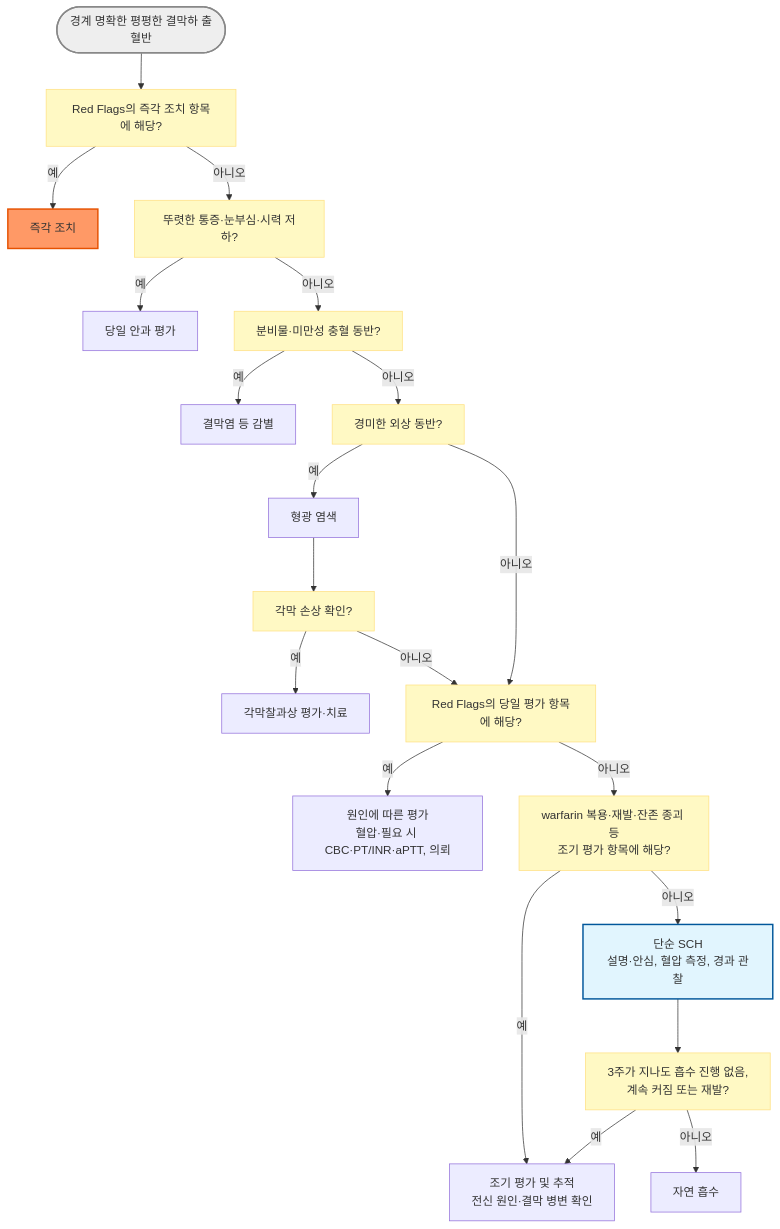
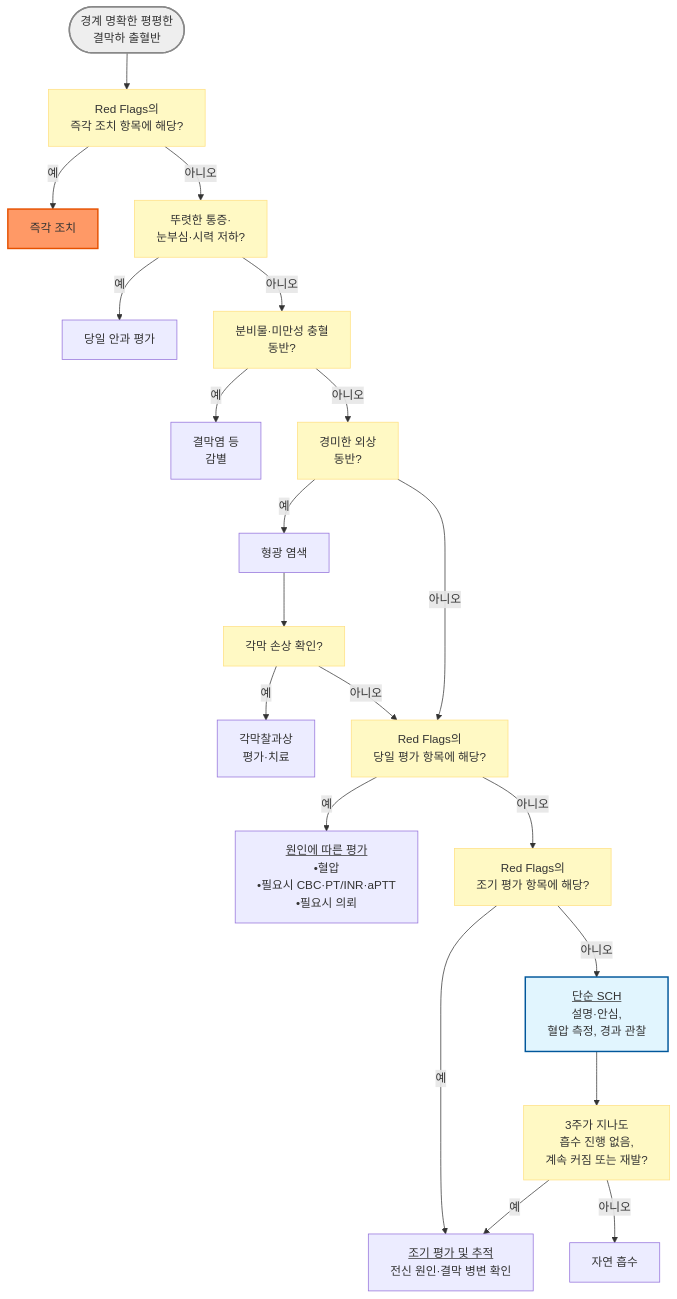
The diagram in 222_/044_-subconjunctival-hemorrhage.md (familyoh77/familyoh77), drawn with Mermaid before and after one commit. The commit also changed other lines of this file and 1 other file, not shown here.

````diff
--- a/222_/044_-subconjunctival-hemorrhage.md
+++ b/222_/044_-subconjunctival-hemorrhage.md
@@ -83,34 +88,27 @@
 ```mermaid
 graph TD
-    Start(["경계 명확한 평평한 결막하 출혈반"]) --> Q1["Red Flags의 즉각 조치 항목에 해당?"]
+    Start(["경계 명확한 평평한 <br/>결막하 출혈반"]) --> Q1["Red Flags의 <br/>즉각 조치 항목에 해당?"]
     Q1 -- 예 --> R1["즉각 조치"]
-    Q1 -- 아니오 --> Q2["뚜렷한 통증·눈부심·시력 저하?"]
+    Q1 -- 아니오 --> Q2["뚜렷한 통증·<br/>눈부심·시력 저하?"]
     Q2 -- 예 --> R4["당일 안과 평가"]
-    Q2 -- 아니오 --> Q2b["분비물·미만성 충혈 동반?"]
-    Q2b -- 예 --> D1["결막염 등 감별"]
-    Q2b -- 아니오 --> Q3["경미한 외상 동반?"]
+    Q2 -- 아니오 --> Q2b["분비물·미만성 충혈 <br/>동반?"]
+    Q2b -- 예 --> D1["결막염 등 <br/>감별"]
+    Q2b -- 아니오 --> Q3["경미한 외상 <br/>동반?"]
     Q3 -- 예 --> F1["형광 염색"]
     F1 --> QF["각막 손상 확인?"]
-    QF -- 예 --> C1["각막찰과상 평가·치료"]
-    QF -- 아니오 --> Q4["Red Flags의 당일 평가 항목에 해당?"]
+    QF -- 예 --> C1["각막찰과상 <br/>평가·치료"]
+    QF -- 아니오 --> Q4["Red Flags의 <br/>당일 평가 항목에 해당?"]
     Q3 -- 아니오 --> Q4
-    Q4 -- 예 --> R2["원인에 따른 평가<br/>혈압·필요 시 CBC·PT/INR·aPTT, 의뢰"]
-    Q4 -- 아니오 --> Q4b["warfarin 복용·재발·잔존 종괴 등<br/>조기 평가 항목에 해당?"]
-    Q4b -- 예 --> R3["조기 평가 및 추적<br/>전신 원인·결막 병변 확인"]
-    Q4b -- 아니오 --> M1["단순 SCH<br/>설명·안심, 혈압 측정, 경과 관찰"]
-    M1 --> Q5["3주가 지나도 흡수 진행 없음,<br/>계속 커짐 또는 재발?"]
+    Q4 -- 예 --> R2["<u>원인에 따른 평가</u><br/>•혈압<br/>•필요시 CBC·PT/INR·aPTT <br/>•필요시 의뢰"]
+    Q4 -- 아니오 --> Q4b["Red Flags의 <br/>조기 평가 항목에 해당?"]
+    Q4b -- 예 --> R3["<u>조기 평가 및 추적</u><br/>전신 원인·결막 병변 확인"]
+    Q4b -- 아니오 --> M1["<u>단순 SCH</u><br/>설명·안심, <br/>혈압 측정, 경과 관찰"]
+    M1 --> Q5["3주가 지나도 <br/>흡수 진행 없음,<br/>계속 커짐 또는 재발?"]
     Q5 -- 예 --> R3
     Q5 -- 아니오 --> E1["자연 흡수"]
-
     style Start fill:#eeeeee,stroke:#888888,stroke-width:2px
-    style Q1 fill:#fff9c4,stroke:#ffe082
-    style Q2 fill:#fff9c4,stroke:#ffe082
-    style Q2b fill:#fff9c4,stroke:#ffe082
-    style Q3 fill:#fff9c4,stroke:#ffe082
-    style QF fill:#fff9c4,stroke:#ffe082
-    style Q4 fill:#fff9c4,stroke:#ffe082
-    style Q4b fill:#fff9c4,stroke:#ffe082
-    style Q5 fill:#fff9c4,stroke:#ffe082
+    classDef yellow fill:#fff9c4,stroke:#ffe082
+    class Q1,Q2,Q2b,Q3,QF,Q4,Q4b,Q5 yellow
     style R1 fill:#f96,stroke:#e65100,stroke-width:2px
     style M1 fill:#e1f5fe,stroke:#01579b,stroke-width:2px
 ```
````
